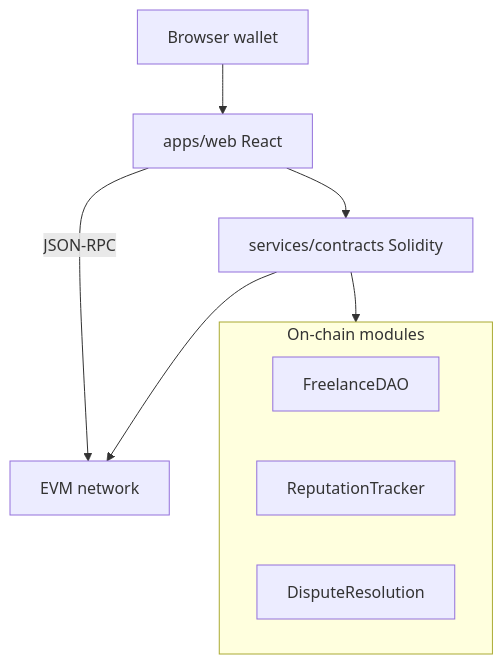
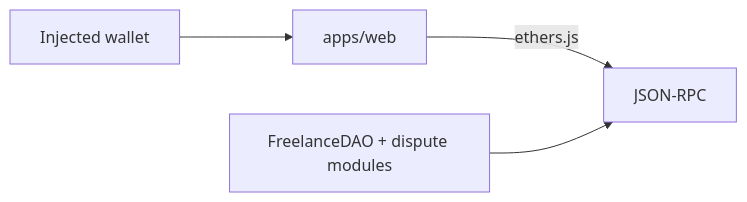
The diagram in README.md (Aneesh495/lancechain), drawn with Mermaid before and after one commit. The commit also changed other lines of this file and 32 other files, not shown here.

````diff
--- a/README.md
+++ b/README.md
@@ -9,13 +8,6 @@
 ```mermaid
-flowchart TB
-  Wallet[Browser wallet] --> Web[apps/web React]
-  Web -->|JSON-RPC| Chain[EVM network]
-  Web --> Contracts[services/contracts Solidity]
-  Contracts --> Chain
-  subgraph onchain [On-chain modules]
-    DAO[FreelanceDAO]
-    Rep[ReputationTracker]
-    Vote[DisputeResolution]
-  end
-  Contracts --> onchain
+flowchart LR
+  Wallet[Injected wallet] --> Web[apps/web]
+  Web -->|ethers.js| RPC[JSON-RPC]
+  Contracts[FreelanceDAO + dispute modules] --> RPC
 ```
````
